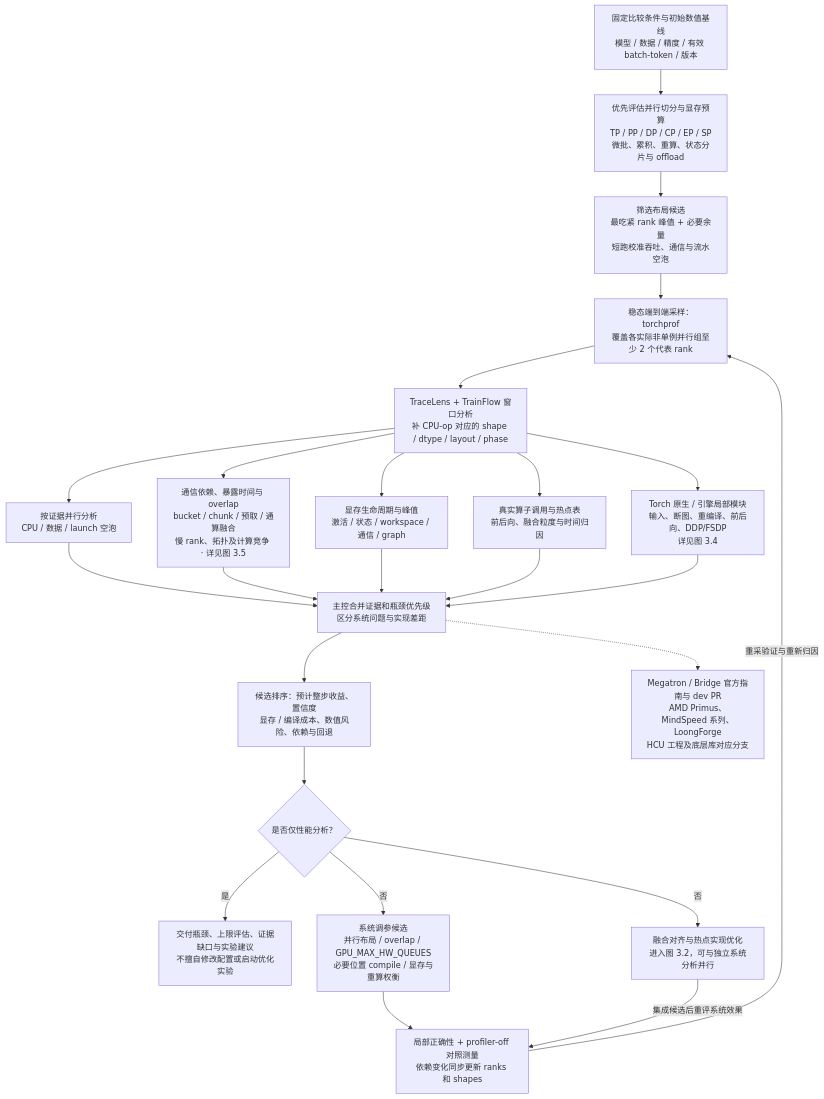
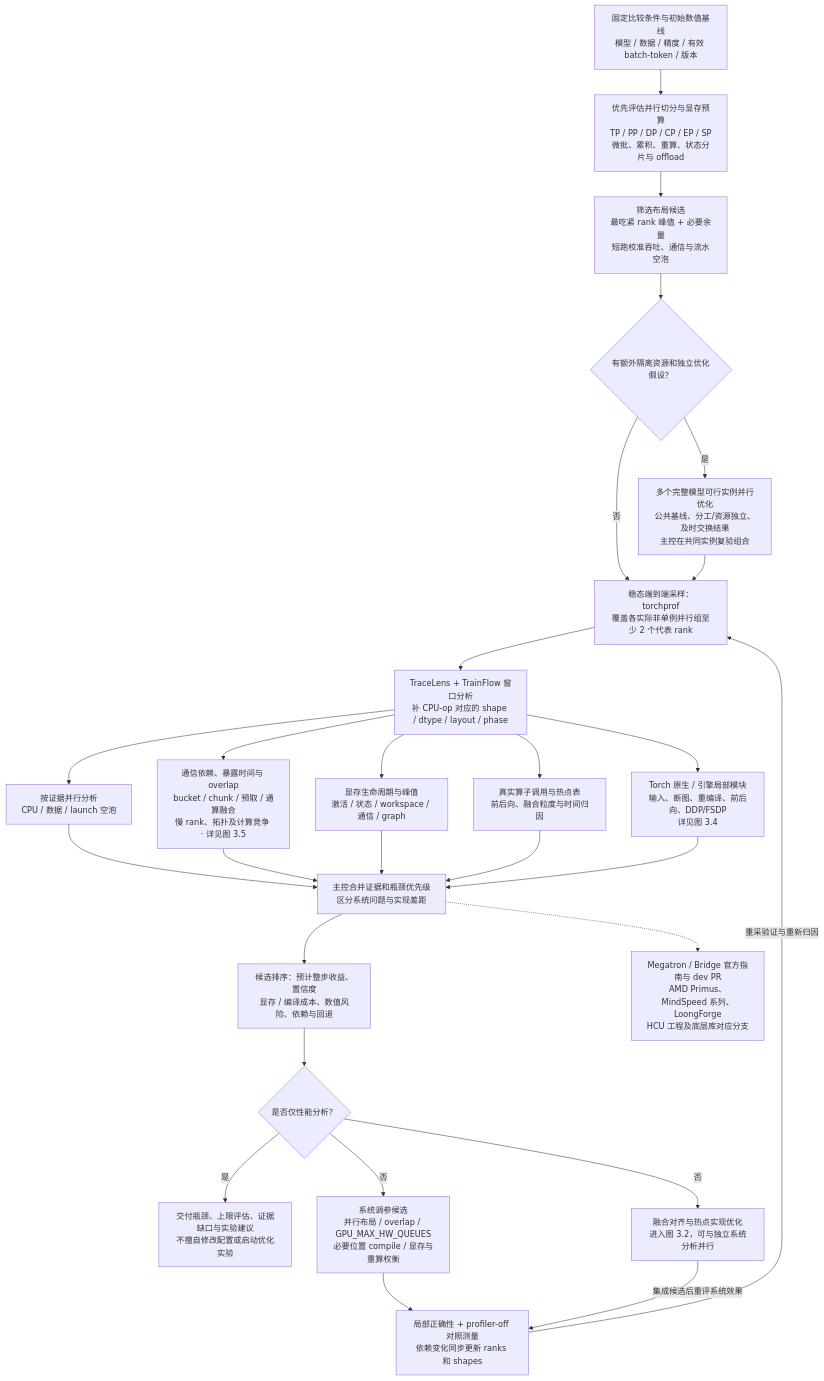
One commit to yuguo-Jack/HCU-TrainFlow changed the third of 12 diagrams in docs/workflow-map.md. Above: the diagram before and after it, drawn with Mermaid. The commit also changed other lines of this file and 50 other files, not shown here.

````diff
--- a/docs/workflow-map.md
+++ b/docs/workflow-map.md
@@ -80,26 +87,30 @@
 ```mermaid
 flowchart TD
     B["固定比较条件与初始数值基线<br/>模型 / 数据 / 精度 / 有效 batch-token / 版本"] --> P["优先评估并行切分与显存预算<br/>TP / PP / DP / CP / EP / SP<br/>微批、累积、重算、状态分片与 offload"]
     P --> M["筛选布局候选<br/>最吃紧 rank 峰值 + 必要余量<br/>短跑校准吞吐、通信与流水空泡"]
-    M --> T["稳态端到端采样：torchprof<br/>覆盖各实际非单例并行组至少 2 个代表 rank"]
+    M --> RES{"有额外隔离资源和独立优化假设？"}
+    RES -->|是| INST["多个完整模型可行实例并行优化<br/>公共基线、分工/资源独立、及时交换结果<br/>主控在共同实例复验组合"]
+    RES -->|否| T
+    INST --> T
+    T["稳态端到端采样：torchprof<br/>覆盖各实际非单例并行组至少 2 个代表 rank"]
     T --> TL["TraceLens + TrainFlow 窗口分析<br/>补 CPU-op 对应的 shape / dtype / layout / phase"]
     TL --> A["按证据并行分析<br/>CPU / 数据 / launch 空泡"]
     TL --> C["通信依赖、暴露时间与 overlap<br/>bucket / chunk / 预取 / 通算融合<br/>慢 rank、拓扑及计算竞争 · 详见图 3.5"]
     TL --> V["显存生命周期与峰值<br/>激活 / 状态 / workspace / 通信 / graph"]
     TL --> O["真实算子调用与热点表<br/>前后向、融合粒度与时间归因"]
     TL --> TORCH["Torch 原生 / 引擎局部模块<br/>输入、断图、重编译、前后向、DDP/FSDP<br/>详见图 3.4"]
     A --> H["主控合并证据和瓶颈优先级<br/>区分系统问题与实现差距"]
     C --> H
     V --> H
     O --> H
     TORCH --> H
     H --> RANK["候选排序：预计整步收益、置信度<br/>显存 / 编译成本、数值风险、依赖与回退"]
     RANK --> MODE{"是否仅性能分析？"}
     MODE -->|是| REPORT["交付瓶颈、上限评估、证据缺口与实验建议<br/>不擅自修改配置或启动优化实验"]
     MODE -->|否| SYS["系统调参候选<br/>并行布局 / overlap / GPU_MAX_HW_QUEUES<br/>必要位置 compile / 显存与重算权衡"]
     MODE -->|否| K["融合对齐与热点实现优化<br/>进入图 3.2，可与独立系统分析并行"]
     SYS --> VERIFY["局部正确性 + profiler-off 对照测量<br/>依赖变化同步更新 ranks 和 shapes"]
     VERIFY -->|重采验证与重新归因| T
     K -->|集成候选后重评系统效果| VERIFY
     H -.-> REF["Megatron / Bridge 官方指南与 dev PR<br/>AMD Primus、MindSpeed 系列、LoongForge<br/>HCU 工程及底层库对应分支"]
 ```
````
